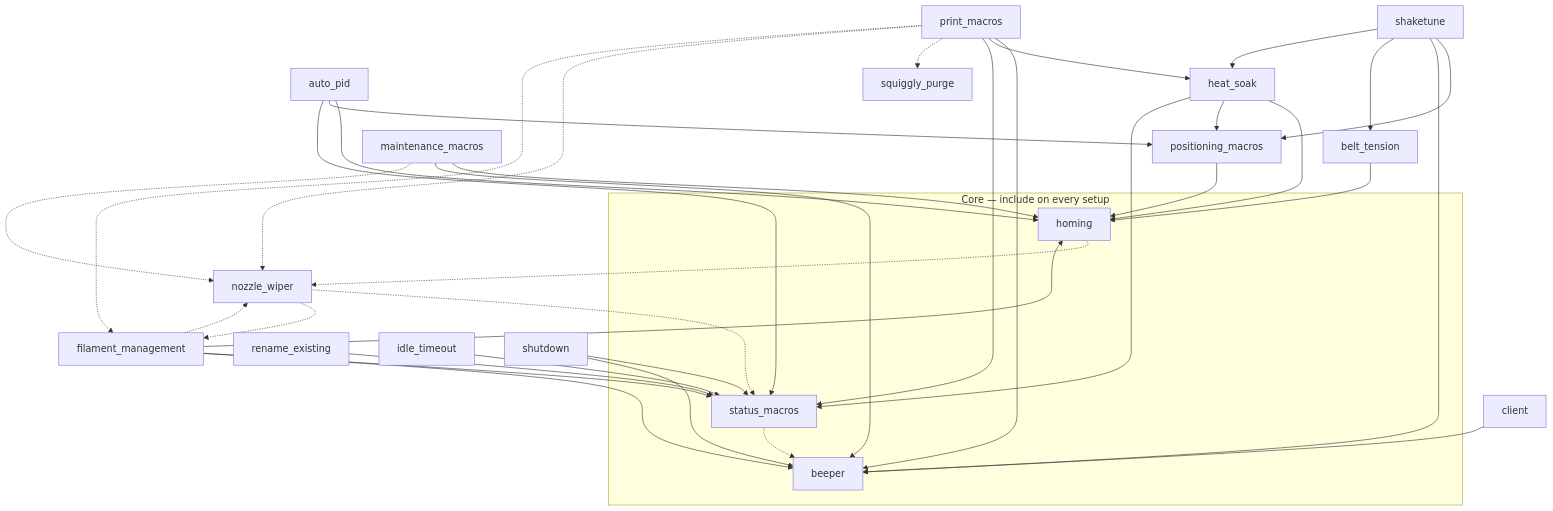
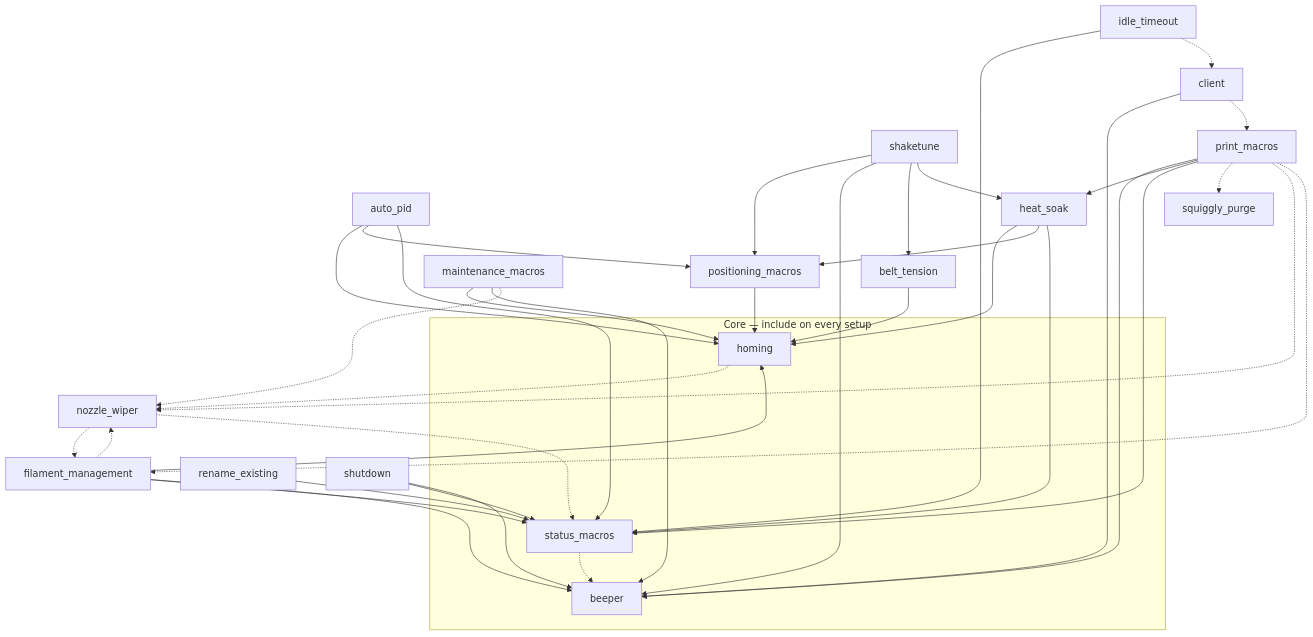
Before and after one commit to NerdyGriffin/klipper-nerdygriffin-macros: the diagram in docs/DEPENDENCIES.md, drawn with Mermaid. The commit also changed other lines of this file and 3 other files, not shown here.

````diff
--- a/docs/DEPENDENCIES.md
+++ b/docs/DEPENDENCIES.md
@@ -43,46 +43,48 @@
 ```mermaid
 graph TD
   subgraph core["Core — include on every setup"]
     beeper
     status_macros
     homing
   end
 
   %% ---- required (solid) ----
   positioning_macros --> homing
   rename_existing --> status_macros
   auto_pid --> homing
   auto_pid --> positioning_macros
   auto_pid --> status_macros
   heat_soak --> homing
   heat_soak --> positioning_macros
   heat_soak --> status_macros
   belt_tension --> homing
   client --> beeper
   idle_timeout --> status_macros
   shutdown --> status_macros
   shutdown --> beeper
   maintenance_macros --> homing
   maintenance_macros --> beeper
   filament_management --> homing
   filament_management --> status_macros
   filament_management --> beeper
   shaketune --> positioning_macros
   shaketune --> beeper
   shaketune --> belt_tension
   shaketune --> heat_soak
   print_macros --> beeper
   print_macros --> heat_soak
   print_macros --> status_macros
 
   %% ---- optional (dashed) ----
+  idle_timeout -.-> client
+  client -.-> print_macros
   status_macros -.-> beeper
   homing -.-> nozzle_wiper
   maintenance_macros -.-> nozzle_wiper
   filament_management -.-> nozzle_wiper
   nozzle_wiper -.-> status_macros
   nozzle_wiper -.-> filament_management
   print_macros -.-> squiggly_purge
   print_macros -.-> nozzle_wiper
   print_macros -.-> filament_management
 ```
````
